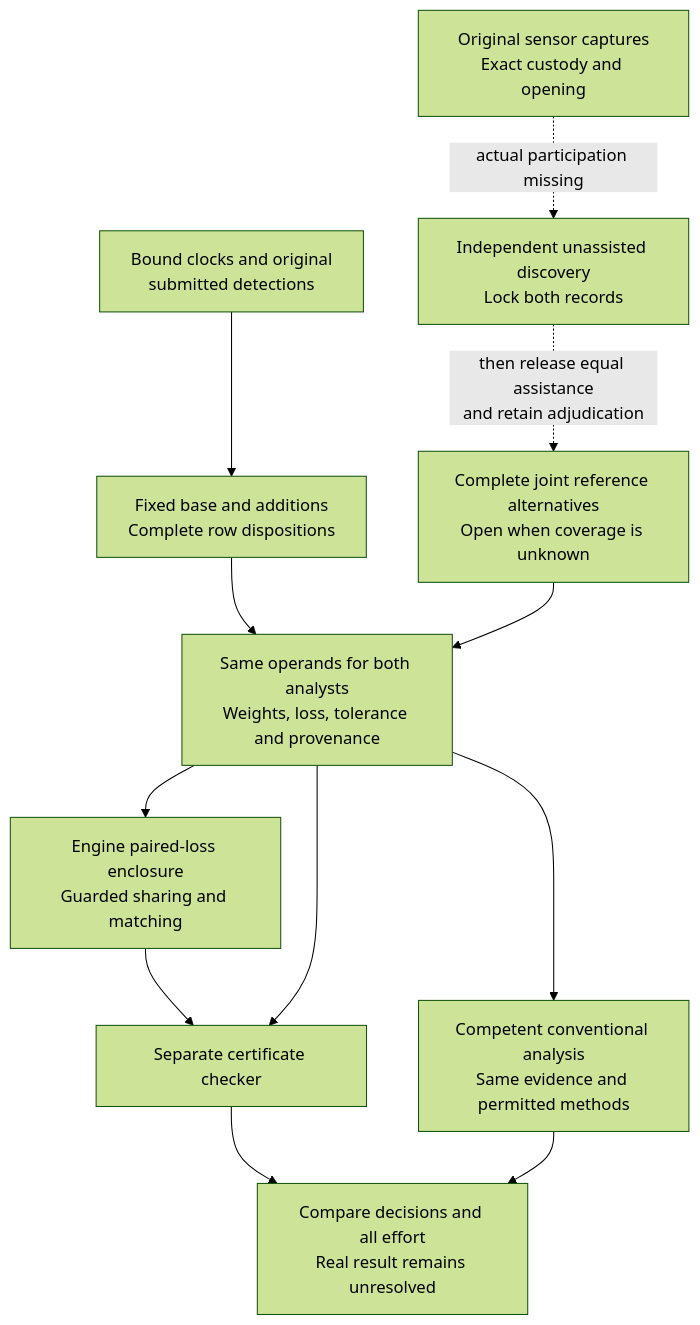
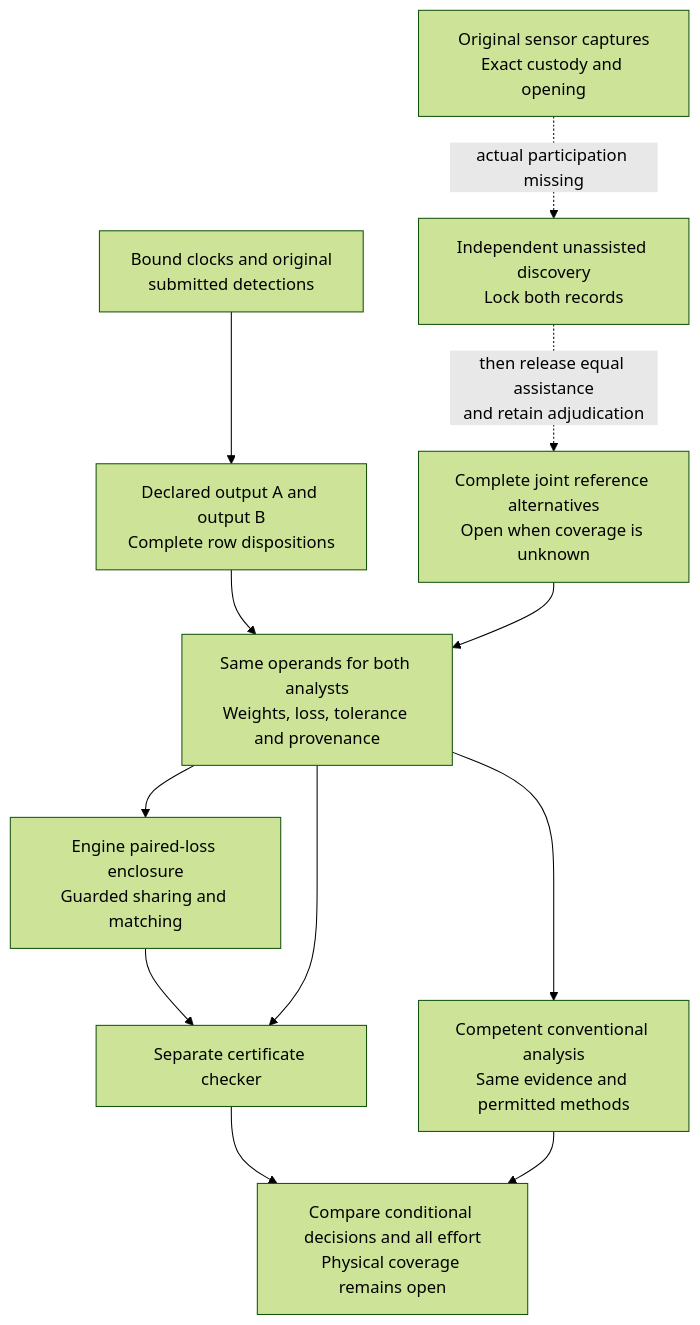
One commit to manfromnowhere143/reiyah changed the fifth of 7 diagrams in README.md. Above: the diagram before and after it, drawn with Mermaid (forest theme). The commit also changed other lines of this file and 23 other files, not shown here.

````diff
--- a/README.md
+++ b/README.md
@@ -259,14 +272,14 @@
 ```mermaid
 flowchart TB
-  S["Bound clocks and original<br/>submitted detections"] --> N["Fixed base and additions<br/>Complete row dispositions"]
+  S["Bound clocks and original<br/>submitted detections"] --> N["Declared output A and output B<br/>Complete row dispositions"]
   R["Original sensor captures<br/>Exact custody and opening"] -. "actual participation missing" .-> H["Independent unassisted discovery<br/>Lock both records"]
   H -. "then release equal assistance<br/>and retain adjudication" .-> W["Complete joint reference alternatives<br/>Open when coverage is unknown"]
   N --> O["Same operands for both analysts<br/>Weights, loss, tolerance and provenance"]
   W --> O
   O --> K["Engine paired-loss enclosure<br/>Guarded sharing and matching"]
   O --> C["Competent conventional analysis<br/>Same evidence and permitted methods"]
   K --> V["Separate certificate checker"]
   O --> V
-  V --> P["Compare decisions and all effort<br/>Real result remains unresolved"]
+  V --> P["Compare conditional decisions and all effort<br/>Physical coverage remains open"]
   C --> P
 ```
````
